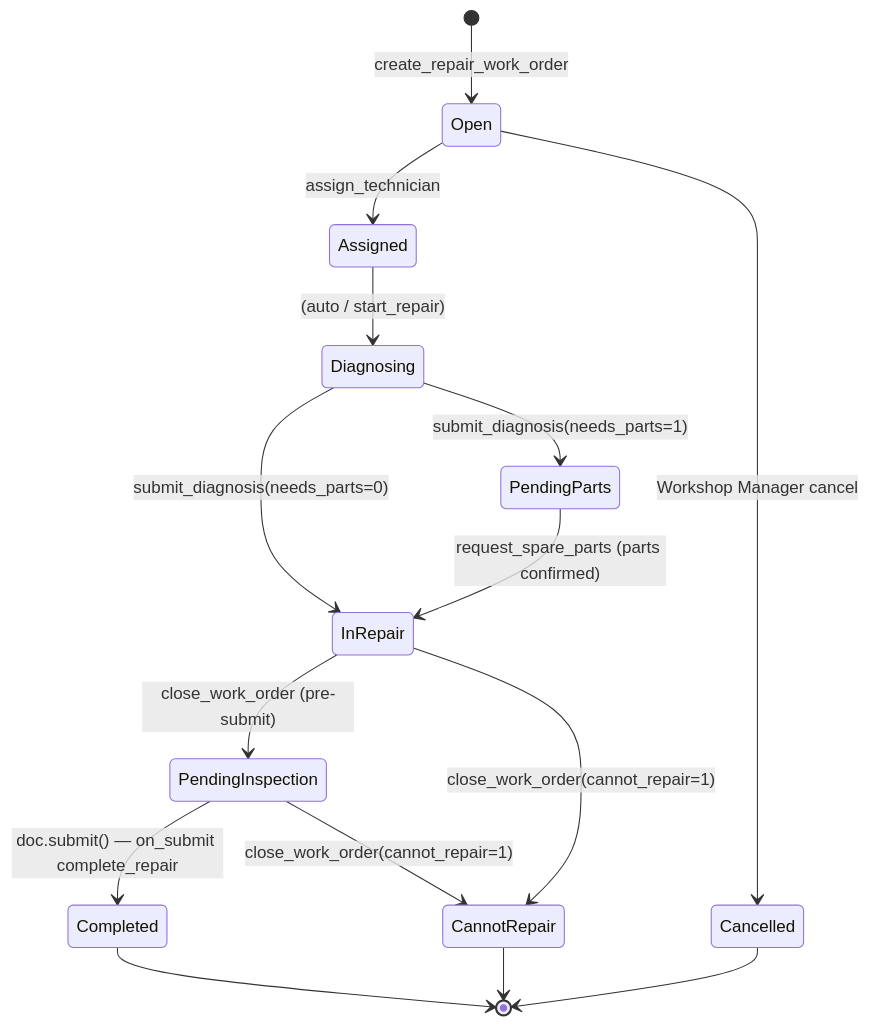
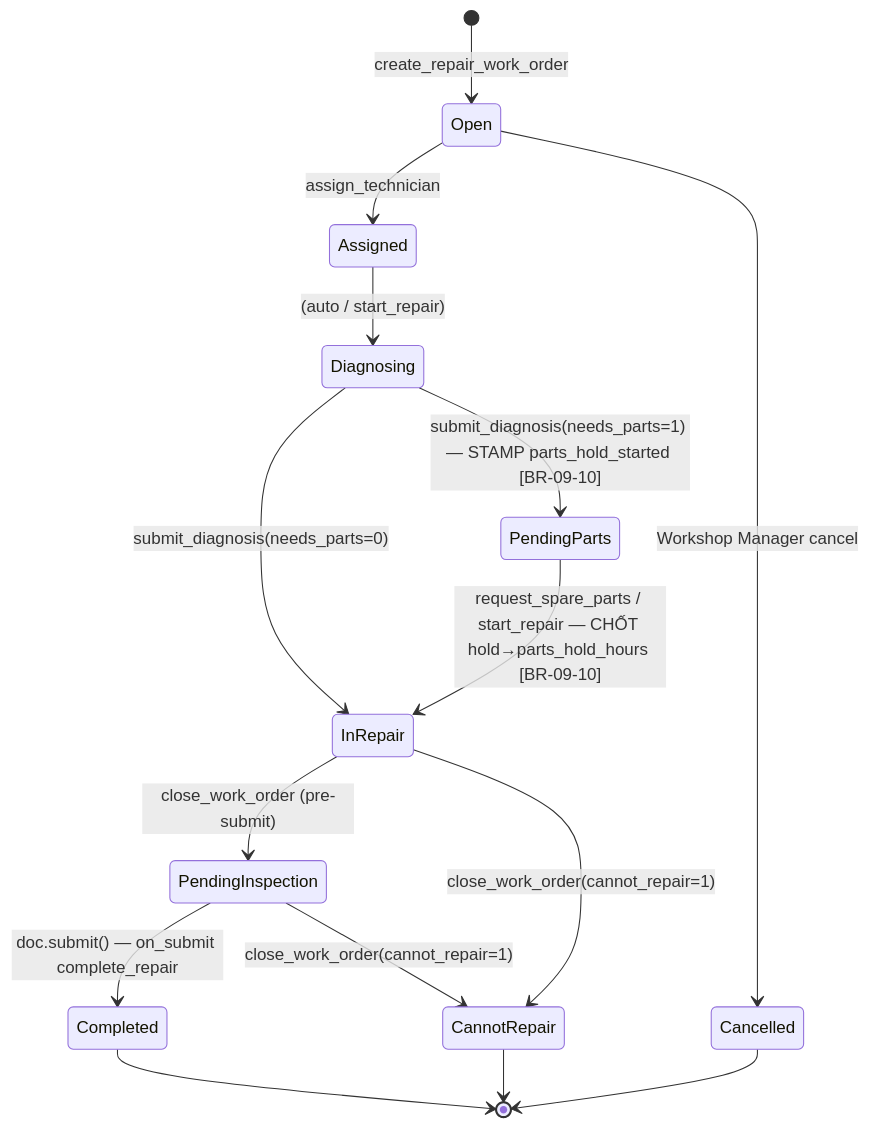
The fourth of 4 diagrams in docs/imm-09/02_Analysis_Design.md (mvl26/Assetcore), drawn with Mermaid before and after one commit. The commit also changed other lines of this file and 74 other files, not shown here.

````diff
--- a/docs/imm-09/02_Analysis_Design.md
+++ b/docs/imm-09/02_Analysis_Design.md
@@ -479,17 +516,17 @@
 ```mermaid
 stateDiagram-v2
     [*] --> Open : create_repair_work_order
     Open --> Assigned : assign_technician
     Open --> Cancelled : Workshop Manager cancel
     Assigned --> Diagnosing : (auto / start_repair)
-    Diagnosing --> PendingParts : submit_diagnosis(needs_parts=1)
+    Diagnosing --> PendingParts : submit_diagnosis(needs_parts=1) — STAMP parts_hold_started [BR-09-10]
     Diagnosing --> InRepair : submit_diagnosis(needs_parts=0)
-    PendingParts --> InRepair : request_spare_parts (parts confirmed)
+    PendingParts --> InRepair : request_spare_parts / start_repair — CHỐT hold→parts_hold_hours [BR-09-10]
     InRepair --> PendingInspection : close_work_order (pre-submit)
     PendingInspection --> Completed : doc.submit() — on_submit complete_repair
     PendingInspection --> CannotRepair : close_work_order(cannot_repair=1)
     InRepair --> CannotRepair : close_work_order(cannot_repair=1)
     Completed --> [*]
     CannotRepair --> [*]
     Cancelled --> [*]
 ```
````
